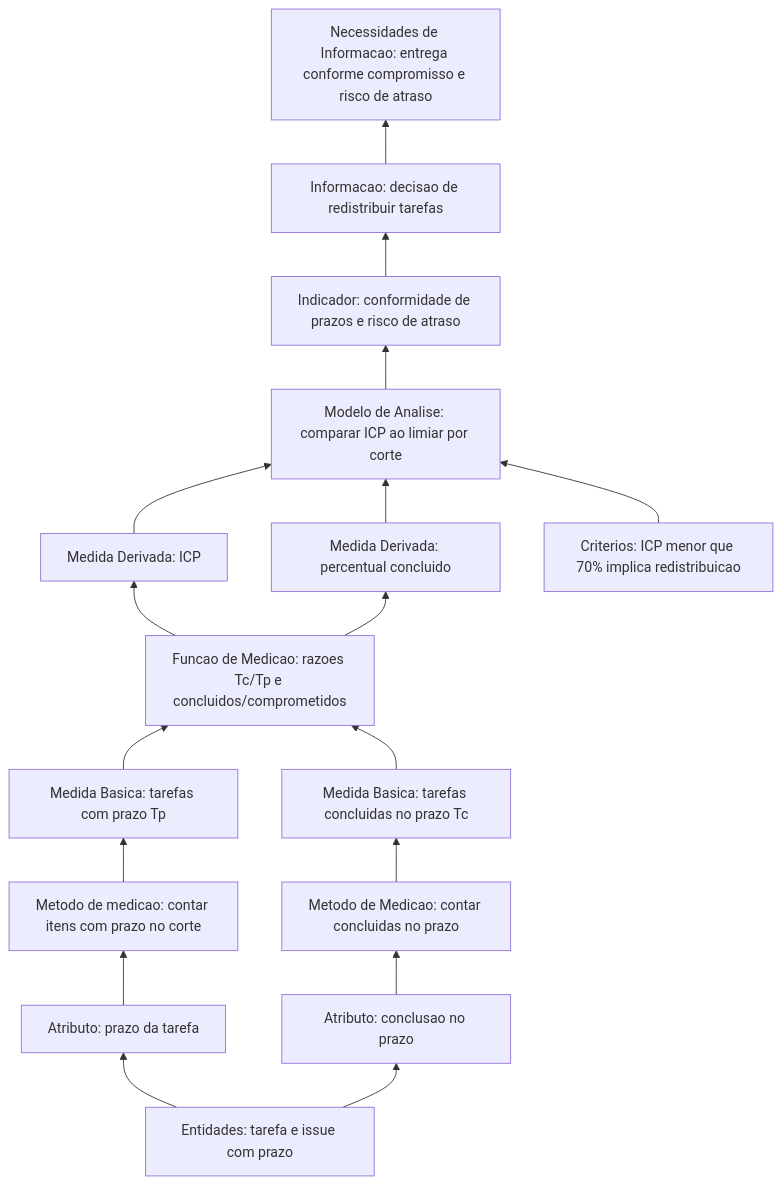
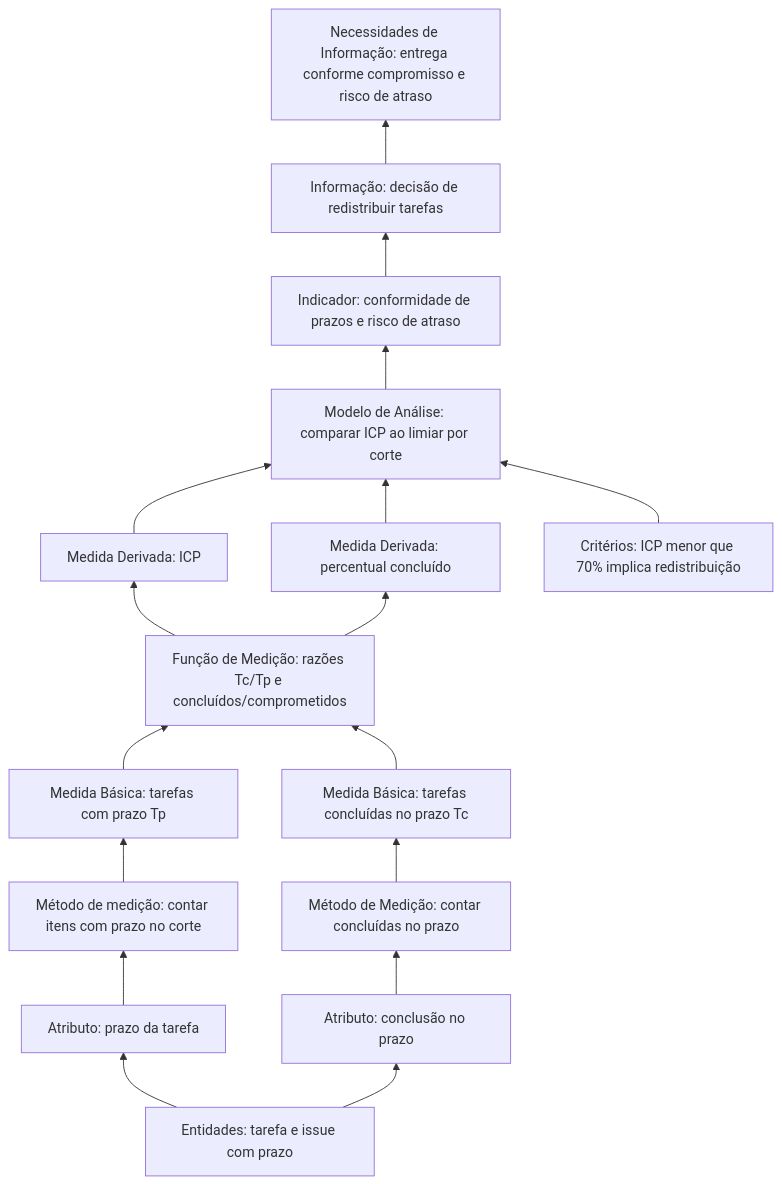
One commit to FCTE-Qualidade-de-Software-1/2026-2_T01_BETTY_SNYDER changed the first of 2 diagrams in docs/gestao-psm/calendario-e-progresso.md. Above: the diagram before and after it, drawn with Mermaid. The commit also changed other lines of this file and 2 other files, not shown here.

Commit message:
docs(psm): acentua rotulos UTF-8 nos diagramas das categorias

````diff
--- a/docs/gestao-psm/calendario-e-progresso.md
+++ b/docs/gestao-psm/calendario-e-progresso.md
@@ -21,34 +21,34 @@
 ```mermaid
 flowchart BT
-  need["Necessidades de Informacao: entrega conforme compromisso e risco de atraso"]
-  info["Informacao: decisao de redistribuir tarefas"]
+  need["Necessidades de Informação: entrega conforme compromisso e risco de atraso"]
+  info["Informação: decisão de redistribuir tarefas"]
   ind["Indicador: conformidade de prazos e risco de atraso"]
-  analise["Modelo de Analise: comparar ICP ao limiar por corte"]
-  crit["Criterios: ICP menor que 70% implica redistribuicao"]
+  analise["Modelo de Análise: comparar ICP ao limiar por corte"]
+  crit["Critérios: ICP menor que 70% implica redistribuição"]
   md1["Medida Derivada: ICP"]
-  md2["Medida Derivada: percentual concluido"]
-  func["Funcao de Medicao: razoes Tc/Tp e concluidos/comprometidos"]
-  mb1["Medida Basica: tarefas com prazo Tp"]
-  mb2["Medida Basica: tarefas concluidas no prazo Tc"]
-  met1["Metodo de medicao: contar itens com prazo no corte"]
-  met2["Metodo de Medicao: contar concluidas no prazo"]
+  md2["Medida Derivada: percentual concluído"]
+  func["Função de Medição: razões Tc/Tp e concluídos/comprometidos"]
+  mb1["Medida Básica: tarefas com prazo Tp"]
+  mb2["Medida Básica: tarefas concluídas no prazo Tc"]
+  met1["Método de medição: contar itens com prazo no corte"]
+  met2["Método de Medição: contar concluídas no prazo"]
   attr1["Atributo: prazo da tarefa"]
-  attr2["Atributo: conclusao no prazo"]
+  attr2["Atributo: conclusão no prazo"]
   ent["Entidades: tarefa e issue com prazo"]
   ent --> attr1
   ent --> attr2
   attr1 --> met1
   attr2 --> met2
   met1 --> mb1
   met2 --> mb2
   mb1 --> func
   mb2 --> func
   func --> md1
   func --> md2
   md1 --> analise
   md2 --> analise
   crit --> analise
   analise --> ind
   ind --> info
   info --> need
 ```
````
